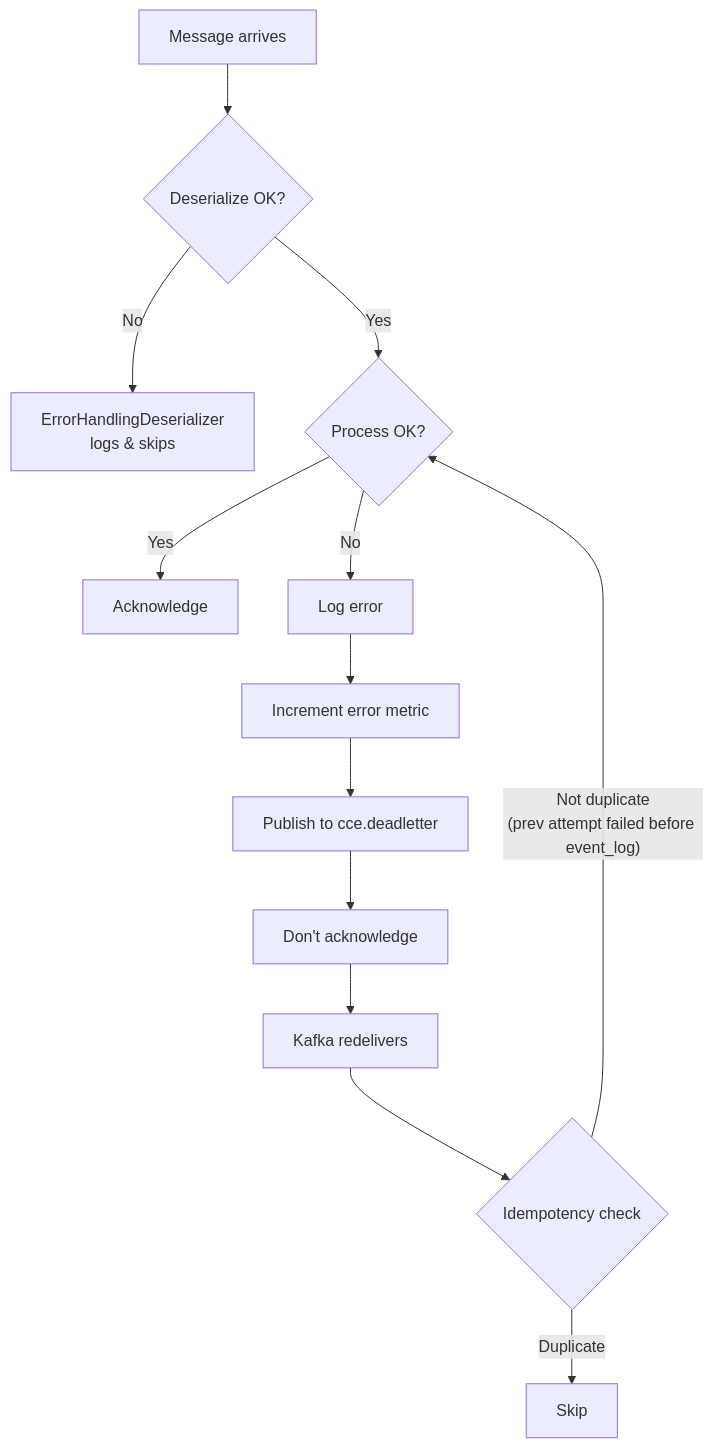
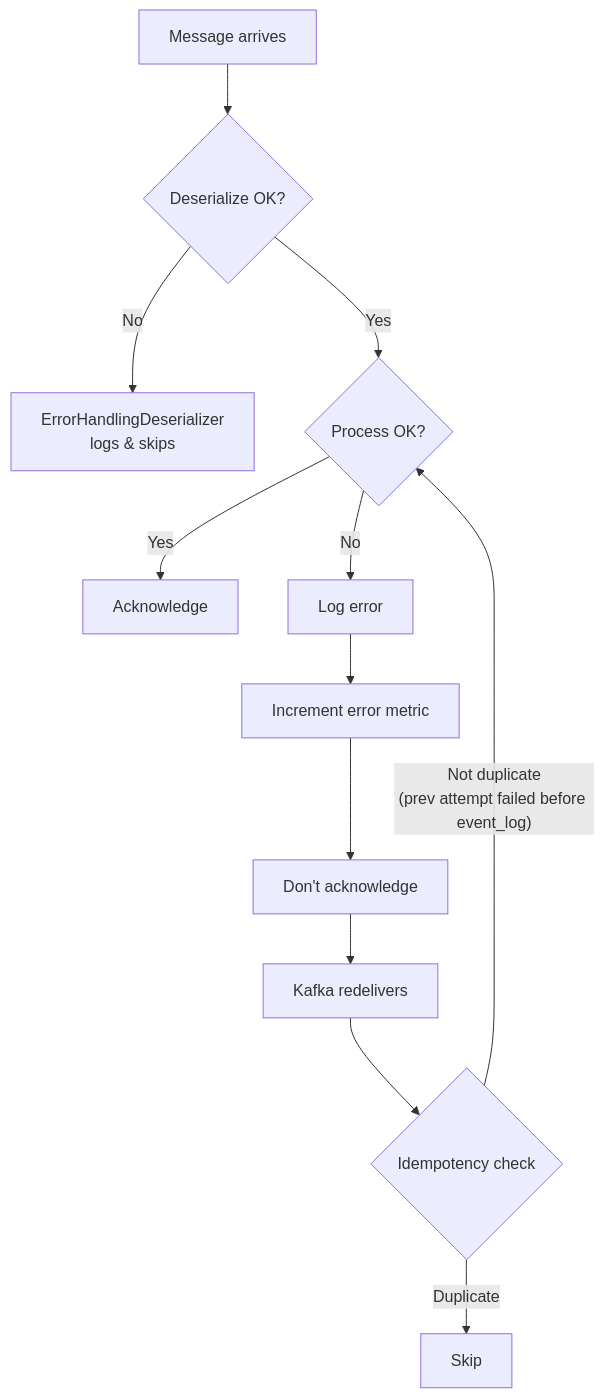
The third of 3 diagrams in docs/kafka-events.md (Jayaprakash8887/cce-compliance-service), drawn with Mermaid before and after one commit. The commit also changed other lines of this file and 6 other files, not shown here.

````diff
--- a/docs/kafka-events.md
+++ b/docs/kafka-events.md
@@ -416,15 +374,14 @@
 ```mermaid
 flowchart TD
     A["Message arrives"] --> B{"Deserialize OK?"}
     B -->|"No"| C["ErrorHandlingDeserializer<br/>logs & skips"]
     B -->|"Yes"| D{"Process OK?"}
     D -->|"Yes"| E["Acknowledge"]
     D -->|"No"| F["Log error"]
     F --> G["Increment error metric"]
-    G --> H["Publish to cce.deadletter"]
-    H --> I["Don't acknowledge"]
-    I --> J["Kafka redelivers"]
-    J --> K{"Idempotency check"}
-    K -->|"Duplicate"| L["Skip"]
-    K -->|"Not duplicate<br/>(prev attempt failed before event_log)"| D
+    G --> H["Don't acknowledge"]
+    H --> I["Kafka redelivers"]
+    I --> J{"Idempotency check"}
+    J -->|"Duplicate"| K["Skip"]
+    J -->|"Not duplicate<br/>(prev attempt failed before event_log)"| D
 ```
````
